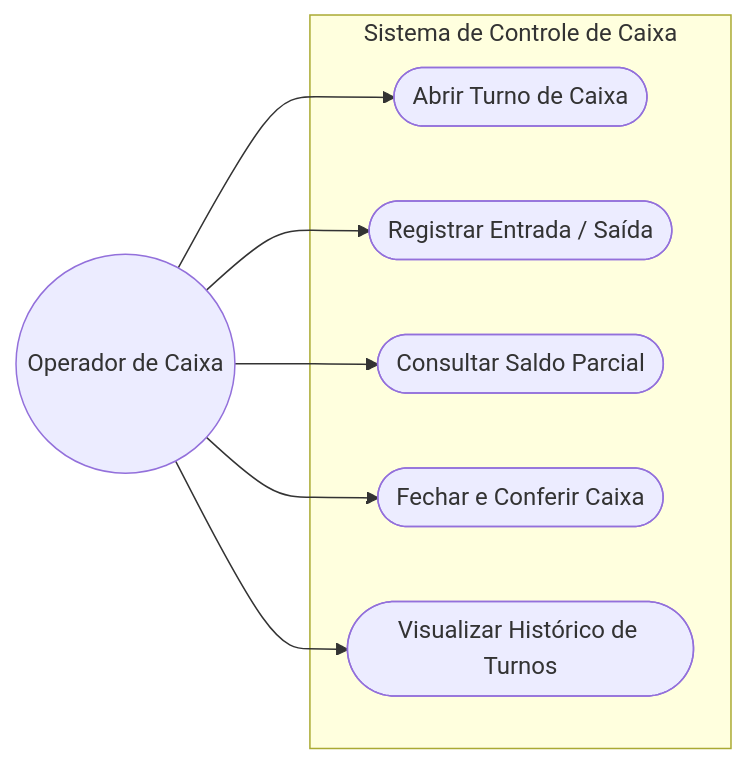
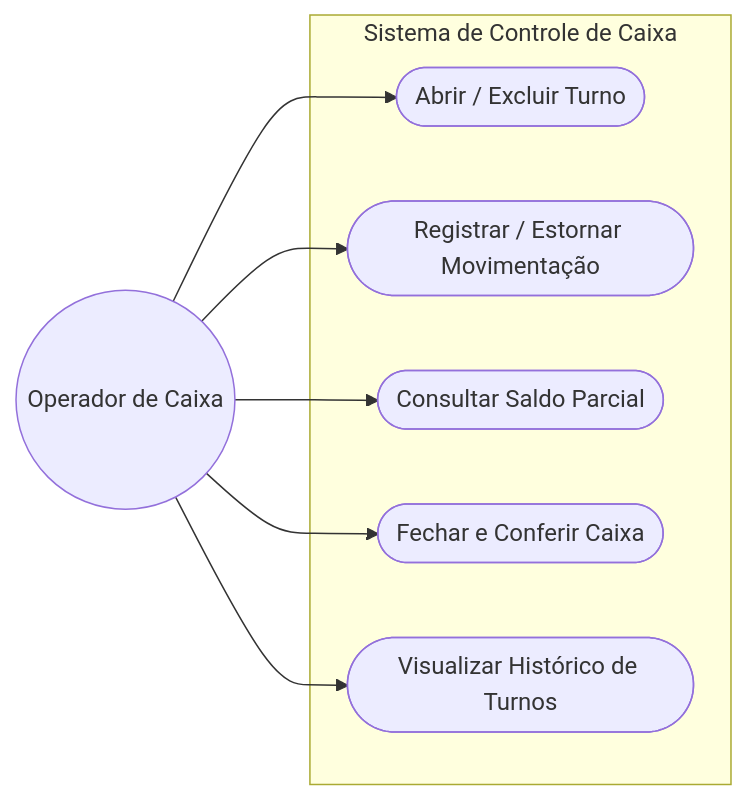
One commit to ElyssonReis/pit2-controle-caixa changed the first of 2 diagrams in docs/documentacao-projeto.md. Above: the diagram before and after it, drawn with Mermaid. The commit also changed other lines of this file and 9 other files, not shown here.

````diff
--- a/docs/documentacao-projeto.md
+++ b/docs/documentacao-projeto.md
@@ -34,18 +36,18 @@
 ```mermaid
 flowchart LR
     Operador((Operador de Caixa))
     
     subgraph Sistema de Controle de Caixa
-        UC1([Abrir Turno de Caixa])
-        UC2([Registrar Entrada / Saída])
+        UC1([Abrir / Excluir Turno])
+        UC2([Registrar / Estornar Movimentação])
         UC3([Consultar Saldo Parcial])
         UC4([Fechar e Conferir Caixa])
         UC5([Visualizar Histórico de Turnos])
     end
 
     Operador --> UC1
     Operador --> UC2
     Operador --> UC3
     Operador --> UC4
     Operador --> UC5
 ```
````
